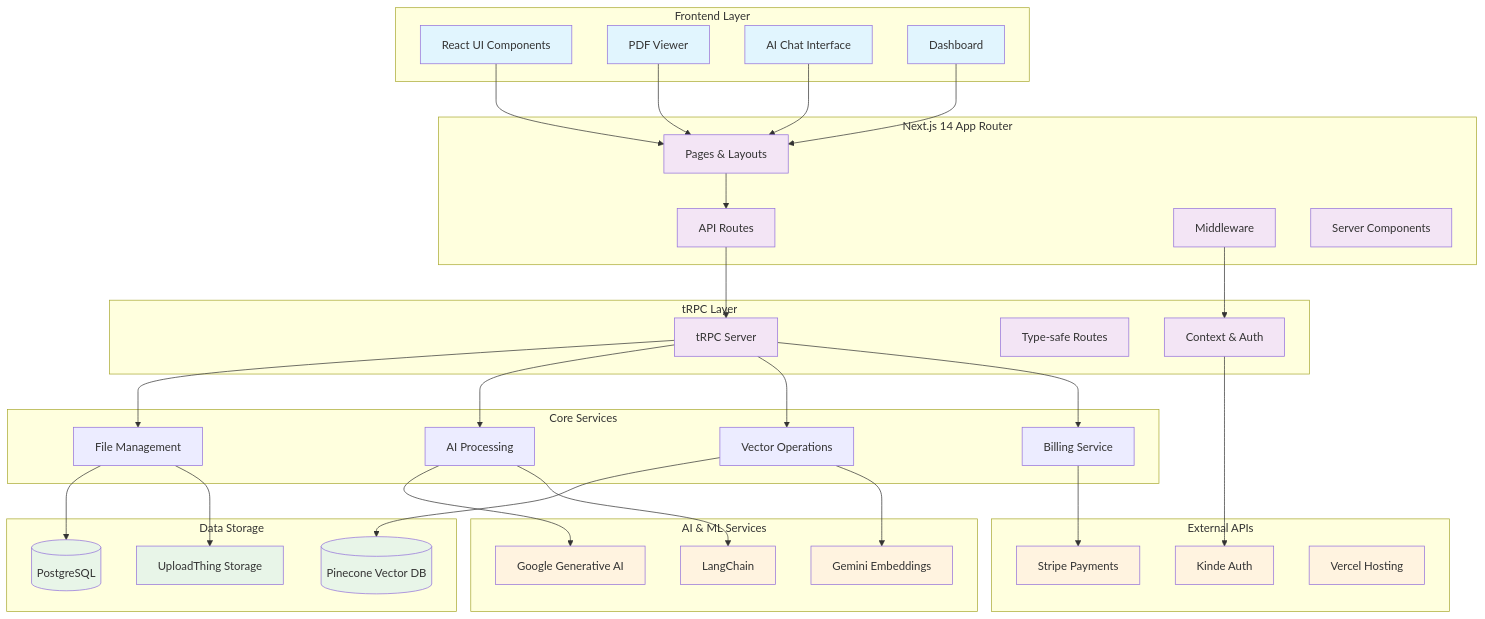
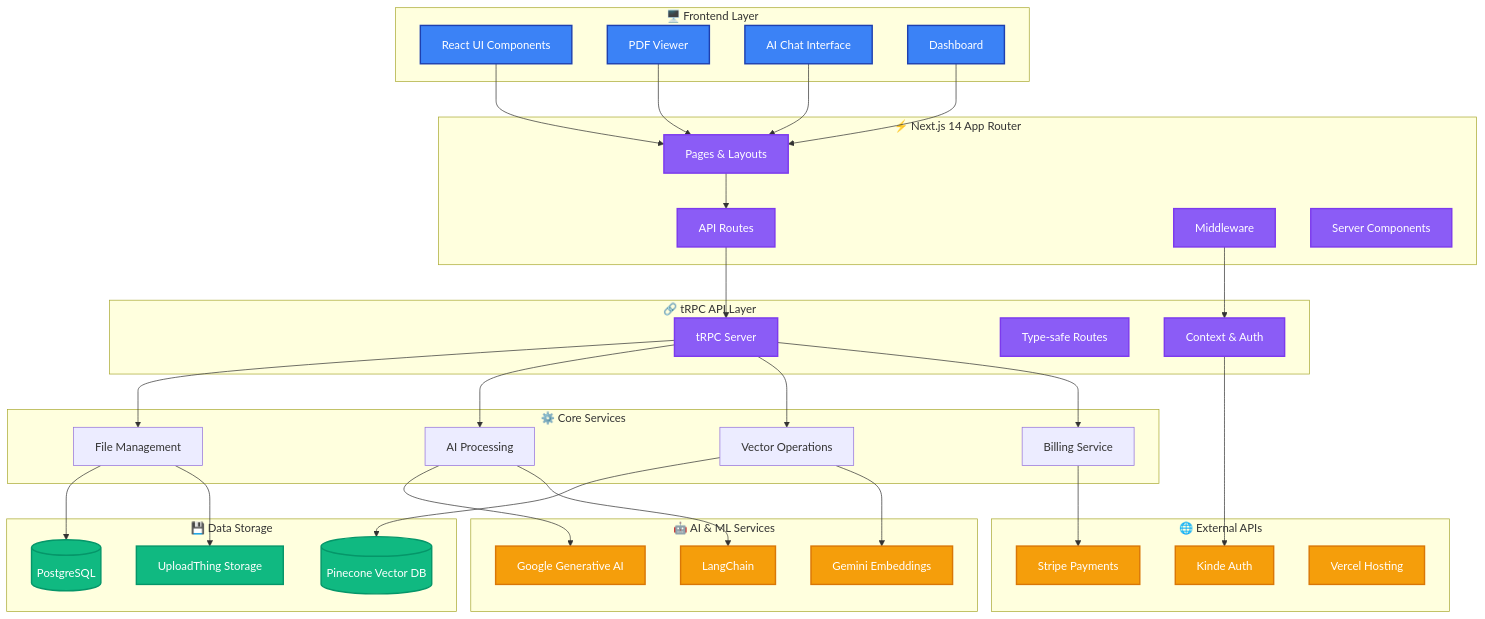
The first of 2 diagrams in README.md (pra9711/lexinote), drawn with Mermaid before and after one commit. The commit also changed other lines of this file, not shown here.

````diff
--- a/README.md
+++ b/README.md
@@ -232,7 +232,7 @@
 ```mermaid
 graph TB
     %% User Interface Layer
-    subgraph "Frontend Layer"
+    subgraph Frontend["🖥️ Frontend Layer"]
         UI[React UI Components]
         PDF[PDF Viewer]
         CHAT[AI Chat Interface]
@@ -240,7 +240,7 @@
     end
 
     %% Application Layer
-    subgraph "Next.js 14 App Router"
+    subgraph NextJS["⚡ Next.js 14 App Router"]
         PAGES[Pages & Layouts]
         API[API Routes]
         MW[Middleware]
@@ -248,14 +248,14 @@
     end
 
     %% API Layer
-    subgraph "tRPC Layer"
+    subgraph tRPCLayer["🔗 tRPC API Layer"]
         TRPC[tRPC Server]
         ROUTES[Type-safe Routes]
         CTX[Context & Auth]
     end
 
     %% Business Logic
-    subgraph "Core Services"
+    subgraph CoreServices["⚙️ Core Services"]
         FILE[File Management]
         AI_SERVICE[AI Processing]
         VECTOR[Vector Operations]
@@ -263,19 +263,19 @@
     end
 
     %% External Services
-    subgraph "AI & ML Services"
+    subgraph AIServices["🤖 AI & ML Services"]
         GOOGLE_AI[Google Generative AI]
         LANGCHAIN[LangChain]
         EMBEDDINGS[Gemini Embeddings]
     end
 
-    subgraph "Data Storage"
+    subgraph DataStorage["💾 Data Storage"]
         POSTGRES[(PostgreSQL)]
         PINECONE[(Pinecone Vector DB)]
         UPLOADS[UploadThing Storage]
     end
 
-    subgraph "External APIs"
+    subgraph ExternalAPIs["🌐 External APIs"]
         KINDE[Kinde Auth]
         STRIPE[Stripe Payments]
         VERCEL[Vercel Hosting]
@@ -307,11 +307,11 @@
     BILLING --> STRIPE
     CTX --> KINDE
 
-    %% Styling
-    classDef frontend fill:#e1f5fe
-    classDef backend fill:#f3e5f5
-    classDef database fill:#e8f5e8
-    classDef external fill:#fff3e0
+    %% Enhanced Styling for Better Visibility
+    classDef frontend fill:#3b82f6,stroke:#1e40af,stroke-width:2px,color:#ffffff
+    classDef backend fill:#8b5cf6,stroke:#7c3aed,stroke-width:2px,color:#ffffff
+    classDef database fill:#10b981,stroke:#059669,stroke-width:2px,color:#ffffff
+    classDef external fill:#f59e0b,stroke:#d97706,stroke-width:2px,color:#ffffff
 
     class UI,PDF,CHAT,DASH frontend
     class PAGES,API,MW,SC,TRPC,ROUTES,CTX backend
````
